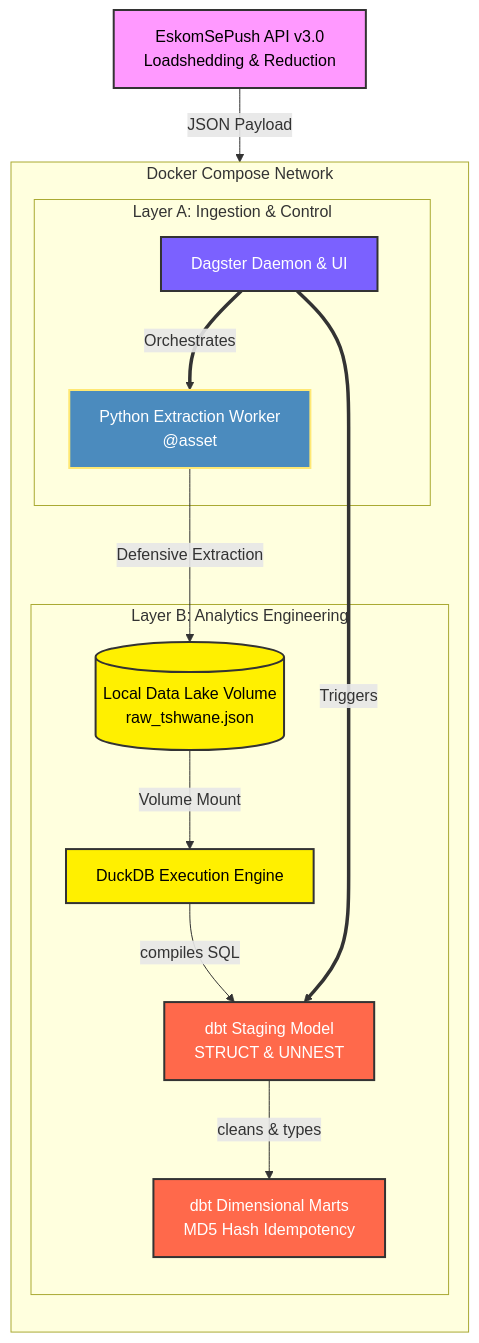
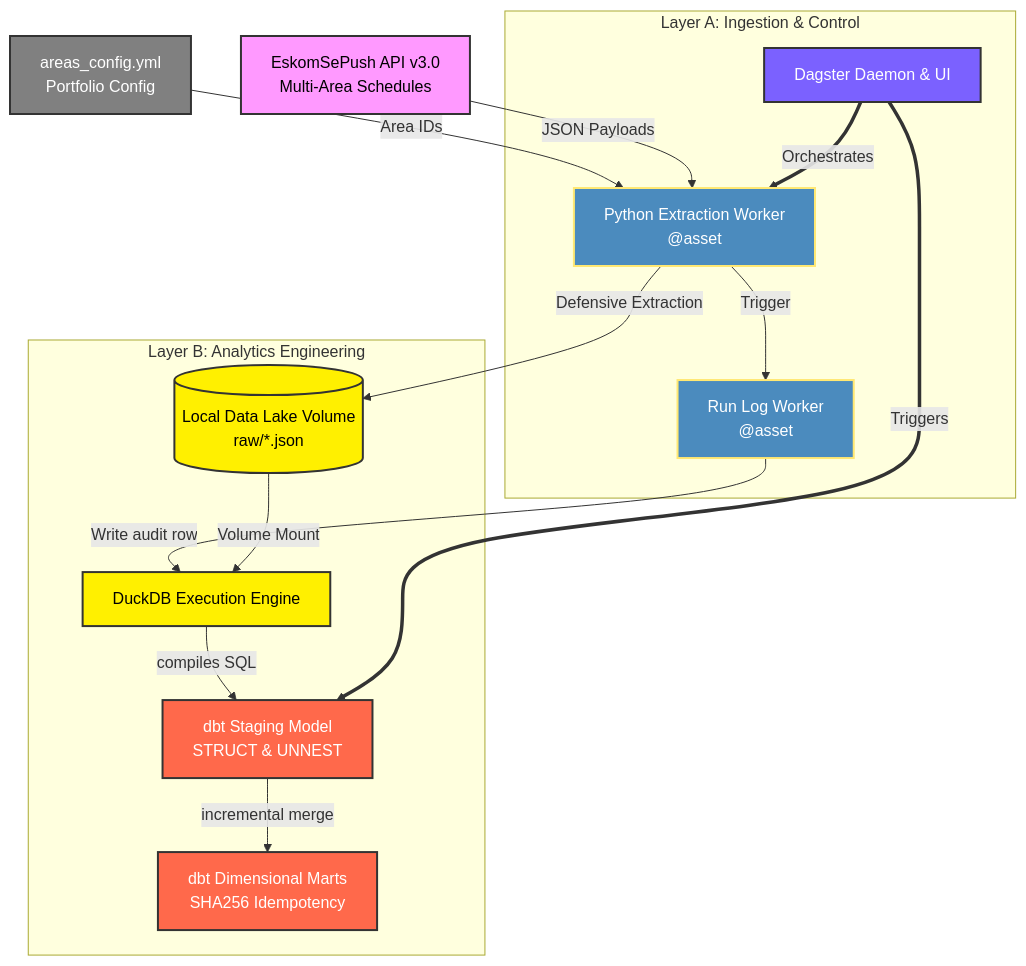
The diagram in README.md (Furnx/eskom-grid-observability), drawn with Mermaid before and after one commit. The commit also changed other lines of this file and 22 other files, not shown here.

````diff
--- a/README.md
+++ b/README.md
@@ -39,40 +40,41 @@
 ```mermaid
 graph TD
     %% Define Styles
     classDef api fill:#f9f,stroke:#333,stroke-width:2px,color:#000;
     classDef python fill:#4B8BBE,stroke:#FFE873,stroke-width:2px,color:#fff;
     classDef duckdb fill:#FFF000,stroke:#333,stroke-width:2px,color:#000;
     classDef dbt fill:#FF694B,stroke:#333,stroke-width:2px,color:#fff;
     classDef dagster fill:#7b61ff,stroke:#333,stroke-width:2px,color:#fff;
-    classDef docker fill:#2496ED,stroke:#333,stroke-width:2px,color:#fff;
+    classDef config fill:#808080,stroke:#333,stroke-width:2px,color:#fff;
 
     %% Nodes
-    A[EskomSePush API v3.0<br/>Loadshedding & Reduction]:::api
+    A[EskomSePush API v3.0<br/>Multi-Area Schedules]:::api
+    Config[areas_config.yml<br/>Portfolio Config]:::config
     
-    subgraph Docker Compose Network
-        direction TB
-        
-        subgraph Layer A: Ingestion & Control
-            Z[Dagster Daemon & UI]:::dagster
-            B[Python Extraction Worker<br/>@asset]:::python
-        end
+    subgraph Layer A: Ingestion & Control
+        Z[Dagster Daemon & UI]:::dagster
+        B[Python Extraction Worker<br/>@asset]:::python
+        RunLog[Run Log Worker<br/>@asset]:::python
+    end
 
-        subgraph Layer B: Analytics Engineering
-            C[(Local Data Lake Volume<br/>raw_tshwane.json)]:::duckdb
-            D[DuckDB Execution Engine]:::duckdb
-            E[dbt Staging Model<br/>STRUCT & UNNEST]:::dbt
-            F[dbt Dimensional Marts<br/>MD5 Hash Idempotency]:::dbt
-        end
+    subgraph Layer B: Analytics Engineering
+        C[(Local Data Lake Volume<br/>raw/*.json)]:::duckdb
+        D[DuckDB Execution Engine]:::duckdb
+        E[dbt Staging Model<br/>STRUCT & UNNEST]:::dbt
+        F[dbt Dimensional Marts<br/>SHA256 Idempotency]:::dbt
     end
 
     %% Edges
-    A -->|JSON Payload| B
+    Config -->|Area IDs| B
+    A -->|JSON Payloads| B
     B -->|Defensive Extraction| C
+    B -->|Trigger| RunLog
+    RunLog -->|Write audit row| D
     C -->|Volume Mount| D
     D -->|compiles SQL| E
-    E -->|cleans & types| F
+    E -->|incremental merge| F
     
     %% Control lines
     Z ==>|Orchestrates| B
     Z ==>|Triggers| E
 ```
````
